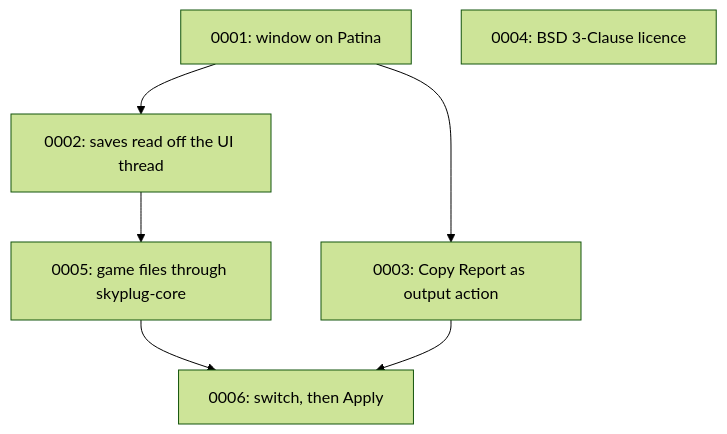
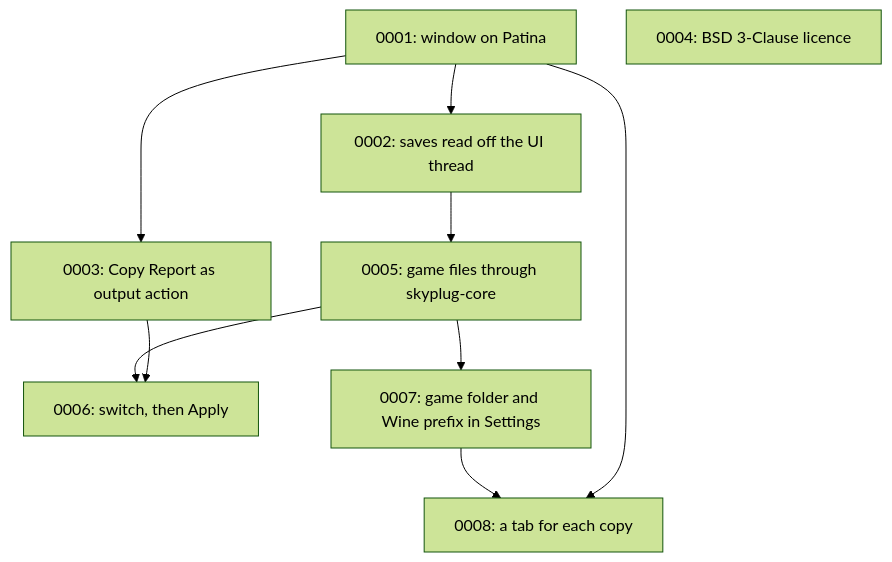
The diagram in docs/adr/README.md (divanvisagie/arcanaeum), drawn with Mermaid (forest theme) before and after one commit. The commit also changed other lines of this file and 10 other files, not shown here.

First line of the commit message:
Open GOG's copy too, with a tab for each copy and one Settings form

````diff
--- a/docs/adr/README.md
+++ b/docs/adr/README.md
@@ -54,9 +56,12 @@
 ```mermaid
 flowchart TD
     A[0001: window on Patina] --> B[0002: saves read off the UI thread]
     A --> C[0003: Copy Report as output action]
     D[0004: BSD 3-Clause licence]
     E[0005: game files through skyplug-core] --> F[0006: switch, then Apply]
+    E --> G[0007: game folder and Wine prefix in Settings]
+    G --> H[0008: a tab for each copy]
+    A --> H
     B --> E
     C --> F
 ```
````
